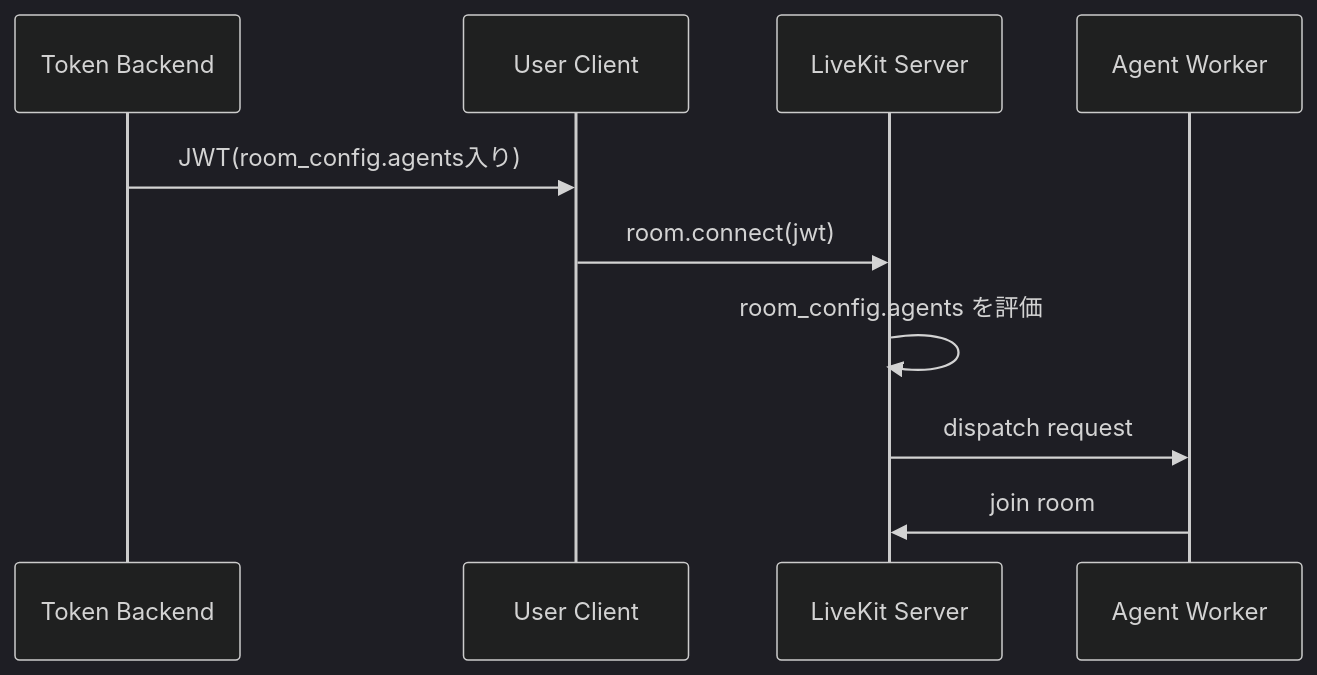
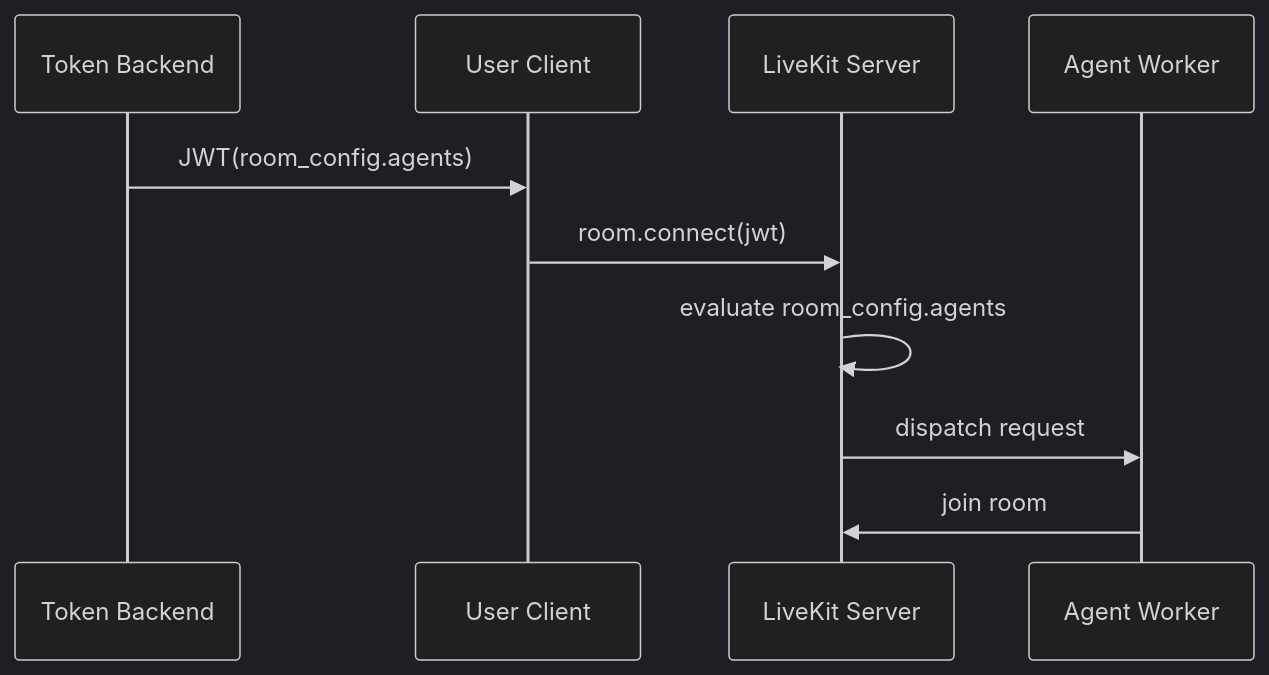
Before and after one commit to koei-kaji/note-zk: the second of 2 diagrams in LiteratureNotes/lit-202603052041-h2qm.md, drawn with Mermaid (dark theme). The commit also changed other lines of this file and 1 other file, not shown here.

````diff
--- a/LiteratureNotes/lit-202603052041-h2qm.md
+++ b/LiteratureNotes/lit-202603052041-h2qm.md
@@ -128,13 +105,13 @@
 ```mermaid
 sequenceDiagram
     participant BE as Token Backend
     participant U as User Client
     participant LK as LiveKit Server
     participant AG as Agent Worker
 
-    BE->>U: JWT(room_config.agents入り)
+    BE->>U: JWT(room_config.agents)
     U->>LK: room.connect(jwt)
-    LK->>LK: room_config.agents を評価
+    LK->>LK: evaluate room_config.agents
     LK->>AG: dispatch request
     AG->>LK: join room
 ```
````
